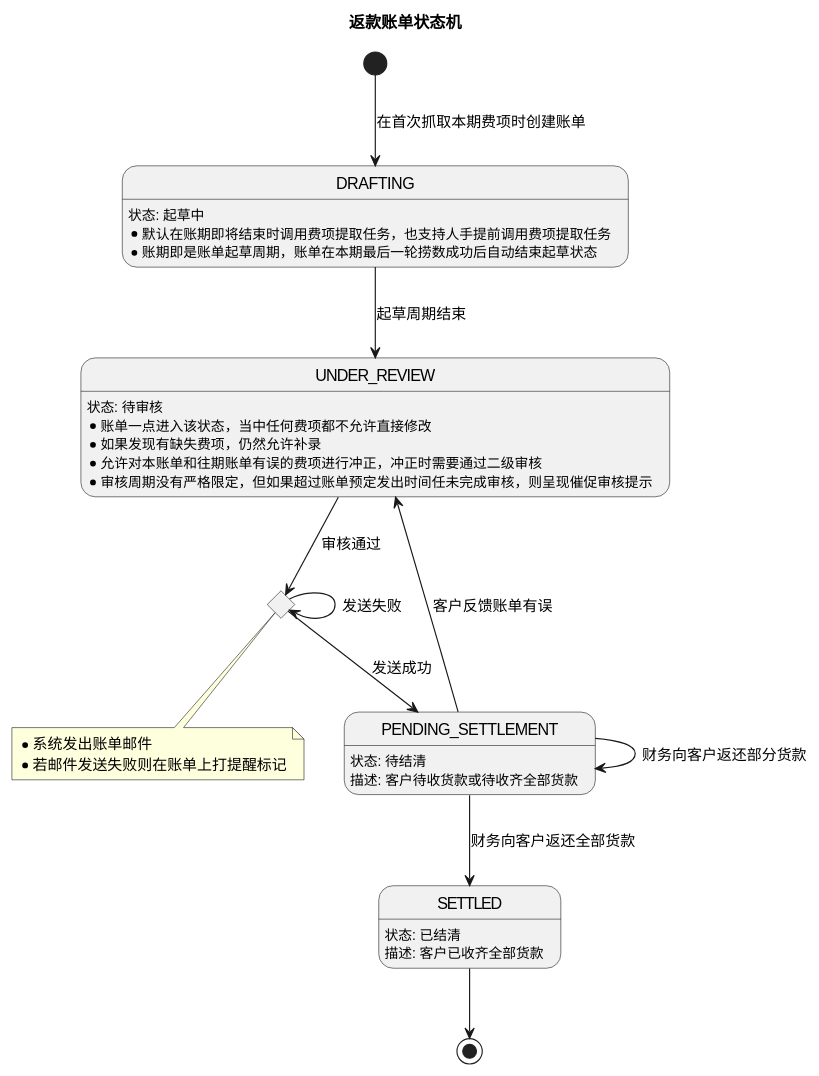
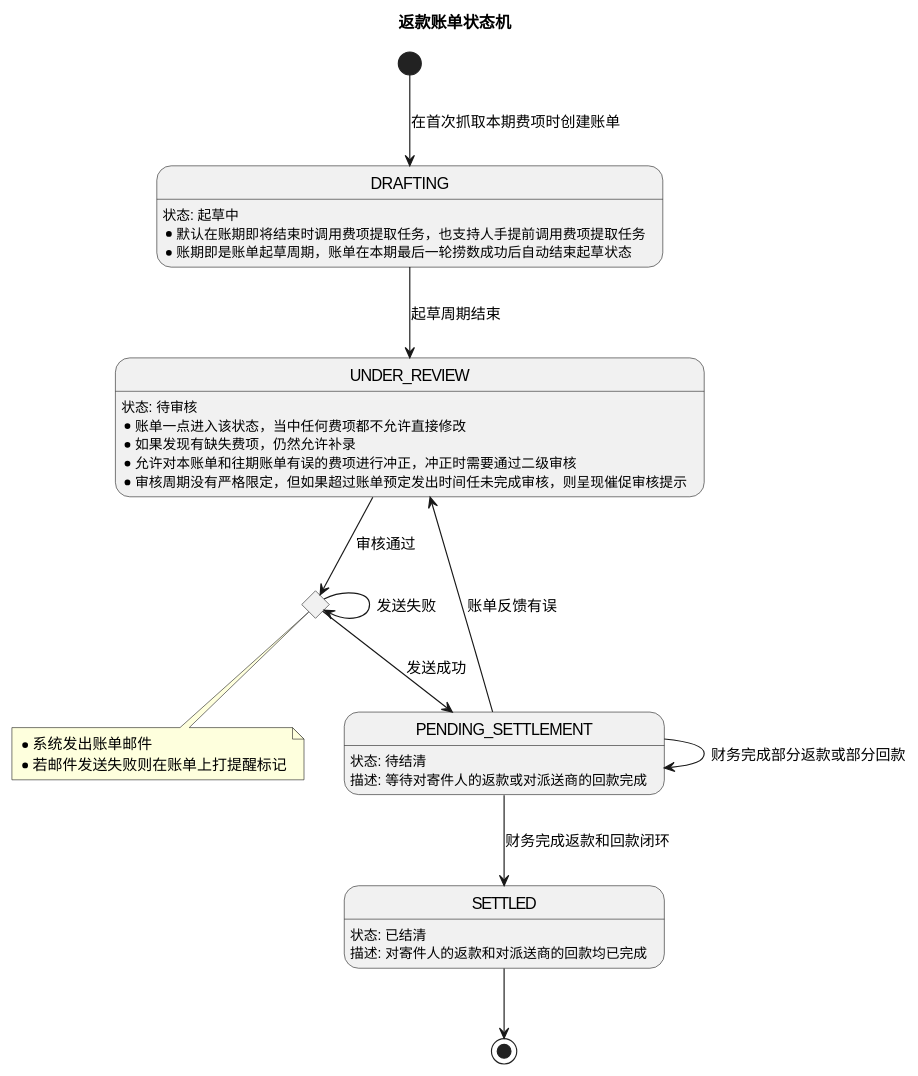
Before and after one commit to jack888332/projects-doc: the eighth of 8 diagrams in product-caliber/bms/prd/财务系统.PRD.md, drawn with PlantUML. The commit also changed other lines of this file and 2 other files, not shown here.

````diff
--- a/product-caliber/bms/prd/财务系统.PRD.md
+++ b/product-caliber/bms/prd/财务系统.PRD.md
@@ -1038,30 +1010,25 @@
 ```plantuml
 @startuml
 title 返款账单状态机
 top to bottom direction
-
 state DRAFTING : 状态: 起草中\n* 默认在账期即将结束时调用费项提取任务，也支持人手提前调用费项提取任务\n* 账期即是账单起草周期，账单在本期最后一轮捞数成功后自动结束起草状态
 state UNDER_REVIEW : 状态: 待审核\n* 账单一点进入该状态，当中任何费项都不允许直接修改\n* 如果发现有缺失费项，仍然允许补录\n* 允许对本账单和往期账单有误的费项进行冲正，冲正时需要通过二级审核\n* 审核周期没有严格限定，但如果超过账单预定发出时间任未完成审核，则呈现催促审核提示
-
 state TO_BE_SENT <<choice>>
 note bottom of TO_BE_SENT
   * 系统发出账单邮件
   * 若邮件发送失败则在账单上打提醒标记
 end note
-
-state PENDING_SETTLEMENT : 状态: 待结清\n描述: 客户待收货款或待收齐全部货款
-state SETTLED : 状态: 已结清\n描述: 客户已收齐全部货款
-
+state PENDING_SETTLEMENT : 状态: 待结清\n描述: 等待对寄件人的返款或对派送商的回款完成
+state SETTLED : 状态: 已结清\n描述: 对寄件人的返款和对派送商的回款均已完成
 '------------------------------------------'
 [*] --> DRAFTING : 在首次抓取本期费项时创建账单
 DRAFTING --> UNDER_REVIEW : 起草周期结束
 UNDER_REVIEW --> TO_BE_SENT : 审核通过
-
 TO_BE_SENT --> PENDING_SETTLEMENT : 发送成功
 TO_BE_SENT --> TO_BE_SENT : 发送失败
-PENDING_SETTLEMENT --> UNDER_REVIEW : 客户反馈账单有误
-PENDING_SETTLEMENT --> PENDING_SETTLEMENT : 财务向客户返还部分货款
-PENDING_SETTLEMENT --> SETTLED : 财务向客户返还全部货款
+PENDING_SETTLEMENT --> UNDER_REVIEW : 账单反馈有误
+PENDING_SETTLEMENT --> PENDING_SETTLEMENT : 财务完成部分返款或部分回款
+PENDING_SETTLEMENT --> SETTLED : 财务完成返款和回款闭环
 SETTLED --> [*]
 @enduml
 ```
````
